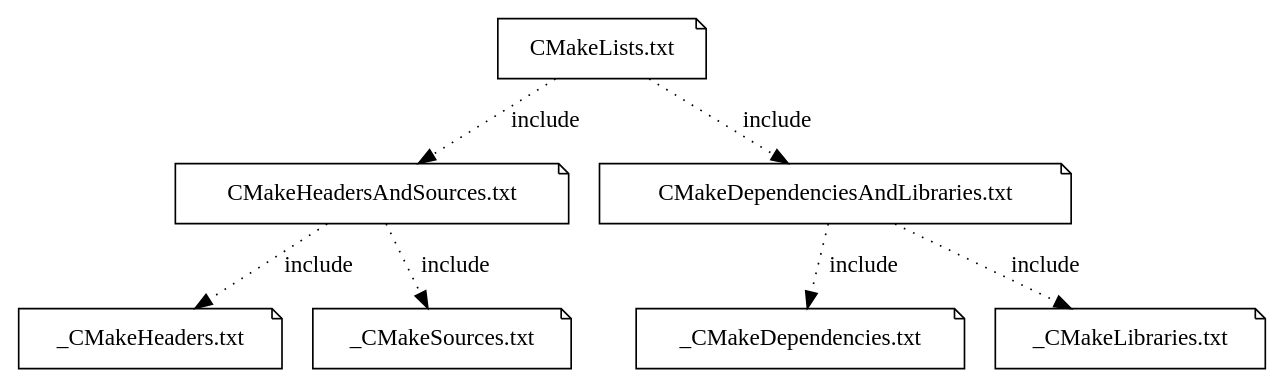
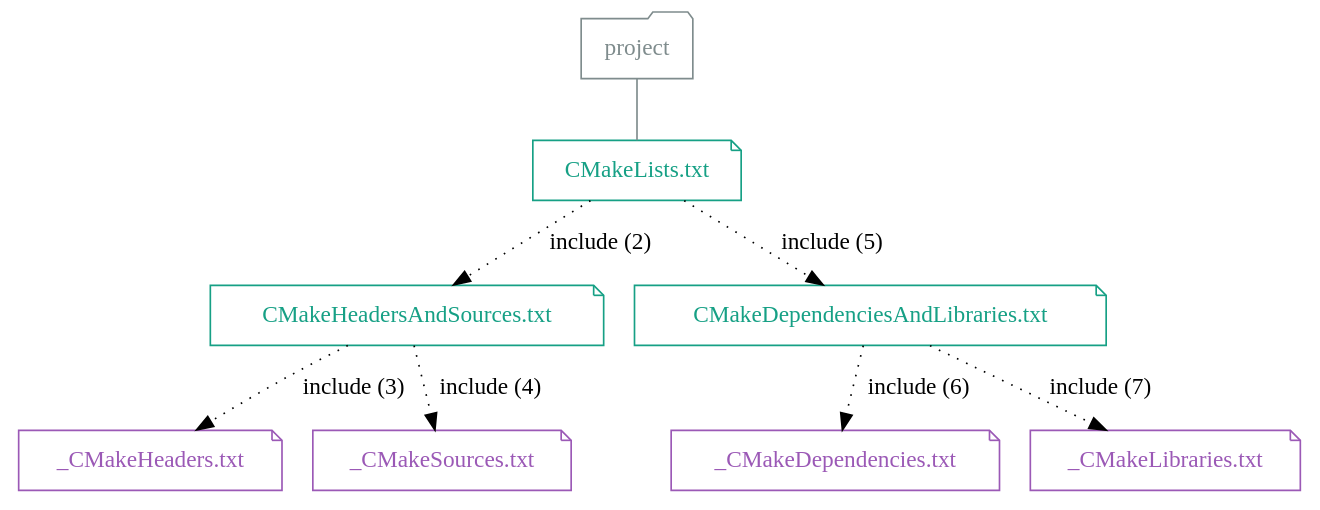
Before and after one commit to mulle-sde/mulle-sde: the diagram in dox/mulle-sde-cmakelists.dot, drawn with Graphviz. The commit also changed 19 other files, not shown here.

```diff
--- a/dox/mulle-sde-cmakelists.dot
+++ b/dox/mulle-sde-cmakelists.dot
@@ -1,24 +1,30 @@
 digraph G {
     graph [rankdir = TD];
 
-    node[shape=note];
+    node[ shape=folder];
 
-    "CMakeLists.txt"
+    { rank = same;  "CMakeLists.txt" };
 
-    "CMakeHeadersAndSources.txt"
-    "CMakeDependenciesAndLibraries.txt"
+    "project"                           [ color="#7f8c8d", fontcolor="#7f8c8d" ]
 
-    "_CMakeHeaders.txt"
-    "_CMakeSources.txt"
-    "_CMakeDependencies.txt"
-    "_CMakeLibraries.txt"
+    "project" -> "CMakeLists.txt"       [ arrowhead="none", color="#7f8c8d" ]
 
-    "CMakeLists.txt" -> "CMakeHeadersAndSources.txt"         [ style="dotted", label="include" ]
-    "CMakeLists.txt" -> "CMakeDependenciesAndLibraries.txt"  [ style="dotted", label="include" ]
+    "CMakeLists.txt"                    [ shape="note", color="#16a085", fontcolor="#16a085" ]
 
-    "CMakeHeadersAndSources.txt" -> "_CMakeHeaders.txt"       [ style="dotted", label="include" ]
-    "CMakeHeadersAndSources.txt" -> "_CMakeSources.txt"       [ style="dotted", label="include" ]
+    "CMakeHeadersAndSources.txt"        [ shape="note", color="#16a085", fontcolor="#16a085" ]
+    "CMakeDependenciesAndLibraries.txt" [ shape="note", color="#16a085", fontcolor="#16a085" ]
 
-    "CMakeDependenciesAndLibraries.txt" -> "_CMakeDependencies.txt"  [ style="dotted", label="include" ]
-    "CMakeDependenciesAndLibraries.txt" -> "_CMakeLibraries.txt"     [ style="dotted", label="include" ]
+    "_CMakeHeaders.txt"                 [ shape="note", color="#9b59b6", fontcolor="#9b59b6" ]
+    "_CMakeSources.txt"                 [ shape="note", color="#9b59b6", fontcolor="#9b59b6" ]
+    "_CMakeDependencies.txt"            [ shape="note", color="#9b59b6", fontcolor="#9b59b6" ]
+    "_CMakeLibraries.txt"               [ shape="note", color="#9b59b6", fontcolor="#9b59b6" ]
+
+    "CMakeLists.txt" -> "CMakeHeadersAndSources.txt"         [ style="dotted", label="include (2)" ]
+    "CMakeLists.txt" -> "CMakeDependenciesAndLibraries.txt"  [ style="dotted", label="include (5)" ]
+
+    "CMakeHeadersAndSources.txt" -> "_CMakeHeaders.txt"       [ style="dotted", label="include (3)" ]
+    "CMakeHeadersAndSources.txt" -> "_CMakeSources.txt"       [ style="dotted", label="include (4)" ]
+
+    "CMakeDependenciesAndLibraries.txt" -> "_CMakeDependencies.txt"  [ style="dotted", label="include (6)" ]
+    "CMakeDependenciesAndLibraries.txt" -> "_CMakeLibraries.txt"     [ style="dotted", label="include (7)" ]
 }
```
